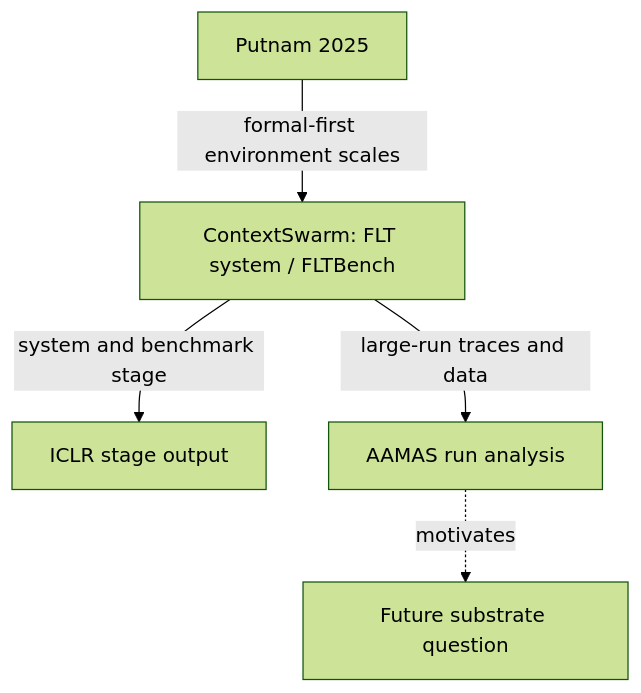
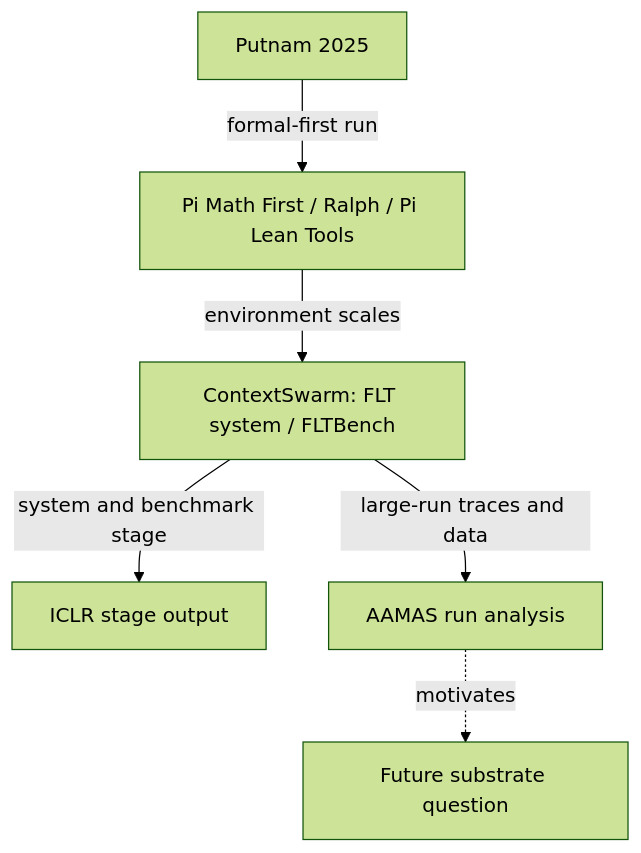
Before and after one commit to yuan-chengzhi/Researching-Research: the third of 3 diagrams in docs/research-graph.md, drawn with Mermaid (forest theme). The commit also changed other lines of this file, not shown here.

Commit message:
Tighten ContextSwarm graph and evidence boundaries

````diff
--- a/docs/research-graph.md
+++ b/docs/research-graph.md
@@ -128,13 +128,15 @@
 ```mermaid
 flowchart TD
     A["Putnam 2025"]
-    B["ContextSwarm: FLT system / FLTBench"]
-    C["ICLR stage output"]
-    D["AAMAS run analysis"]
-    E["Future substrate question"]
+    B["Pi Math First / Ralph / Pi Lean Tools"]
+    C["ContextSwarm: FLT system / FLTBench"]
+    D["ICLR stage output"]
+    E["AAMAS run analysis"]
+    F["Future substrate question"]
 
-    A -->|"formal-first environment scales"| B
-    B -->|"system and benchmark stage"| C
-    B -->|"large-run traces and data"| D
-    D -. "motivates" .-> E
+    A -->|"formal-first run"| B
+    B -->|"environment scales"| C
+    C -->|"system and benchmark stage"| D
+    C -->|"large-run traces and data"| E
+    E -. "motivates" .-> F
 ```
````
